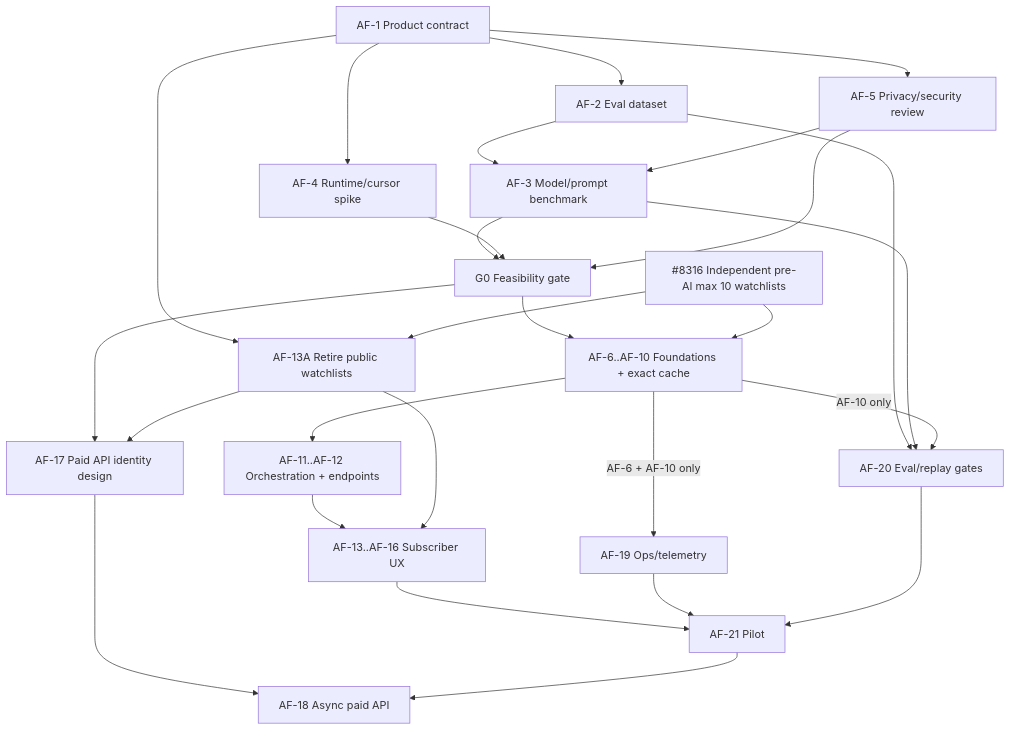
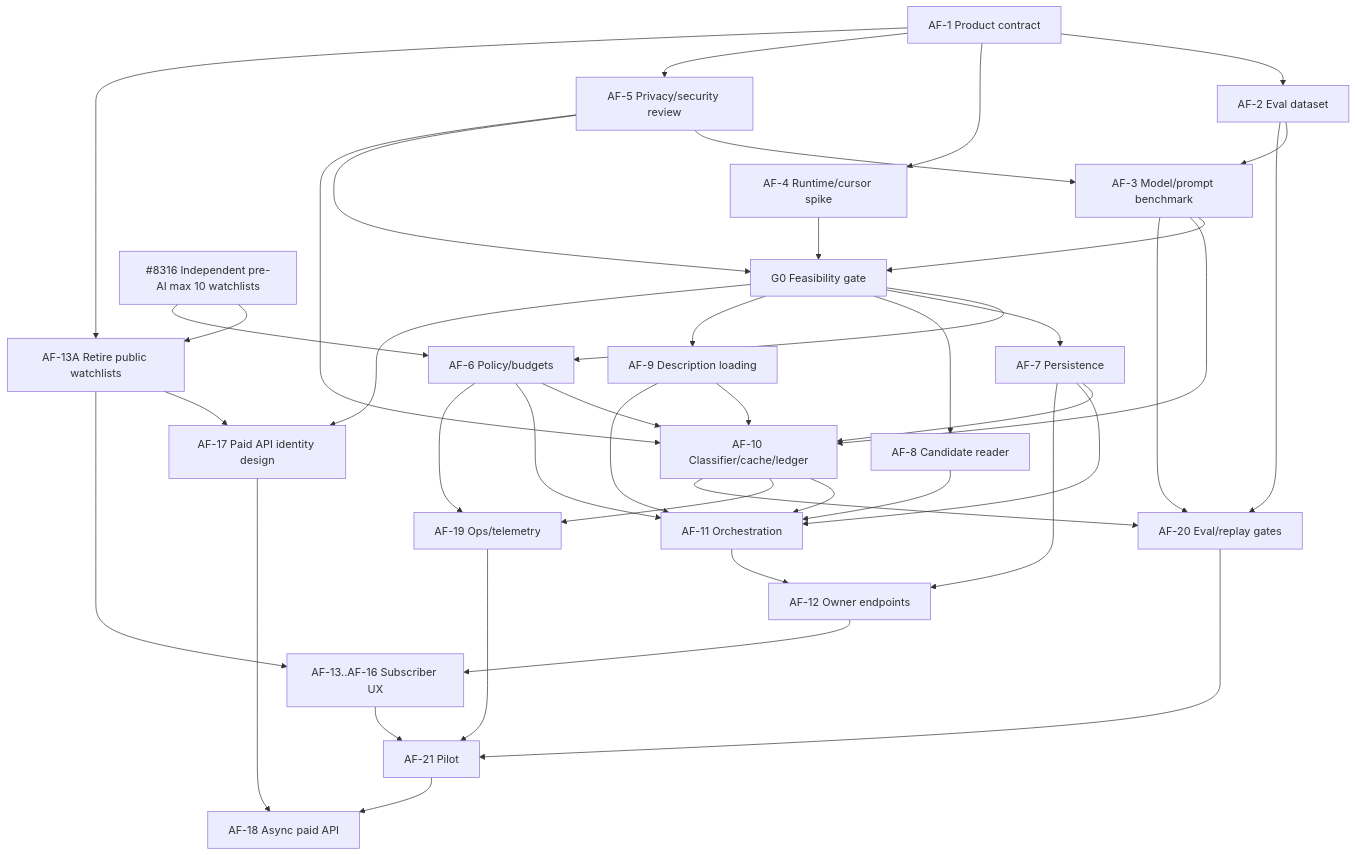
The second of 2 diagrams in docs/24-ai-filter.md (colophon-group/jobseek), drawn with Mermaid before and after one commit.

Commit message:
Clarify AI foundation dependencies

````diff
--- a/docs/24-ai-filter.md
+++ b/docs/24-ai-filter.md
@@ -1674,30 +1674,45 @@
 ```mermaid
 flowchart TD
     A1["AF-1 Product contract"] --> A2["AF-2 Eval dataset"]
     A1 --> A4["AF-4 Runtime/cursor spike"]
     A1 --> A5["AF-5 Privacy/security review"]
     A2 --> A3["AF-3 Model/prompt benchmark"]
     A5 --> A3
     A3 --> G0["G0 Feasibility gate"]
     A4 --> G0
     A5 --> G0
     L["#8316 Independent pre-AI max 10 watchlists"]
     A1 --> W["AF-13A Retire public watchlists"]
     L --> W
-    G0 --> F
-    L --> F["AF-6..AF-10 Foundations + exact cache"]
-    F --> R["AF-11..AF-12 Orchestration + endpoints"]
+    G0 --> F6["AF-6 Policy/budgets"]
+    G0 --> F7["AF-7 Persistence"]
+    G0 --> F8["AF-8 Candidate reader"]
+    G0 --> F9["AF-9 Description loading"]
+    L --> F6
+    A3 --> F10["AF-10 Classifier/cache/ledger"]
+    A5 --> F10
+    F6 --> F10
+    F7 --> F10
+    F9 --> F10
+    F6 --> F11["AF-11 Orchestration"]
+    F7 --> F11
+    F8 --> F11
+    F9 --> F11
+    F10 --> F11
+    F7 --> F12["AF-12 Owner endpoints"]
+    F11 --> F12
     G0 --> I["AF-17 Paid API identity design"]
     W --> I
-    R --> U["AF-13..AF-16 Subscriber UX"]
+    F12 --> U["AF-13..AF-16 Subscriber UX"]
     W --> U
-    F -->|"AF-6 + AF-10 only"| O19["AF-19 Ops/telemetry"]
+    F6 --> O19["AF-19 Ops/telemetry"]
+    F10 --> O19
     A2 --> O20["AF-20 Eval/replay gates"]
     A3 --> O20
-    F -->|"AF-10 only"| O20
+    F10 --> O20
     U --> P["AF-21 Pilot"]
     O19 --> P
     O20 --> P
     I --> API["AF-18 Async paid API"]
     P --> API
 ```
````
